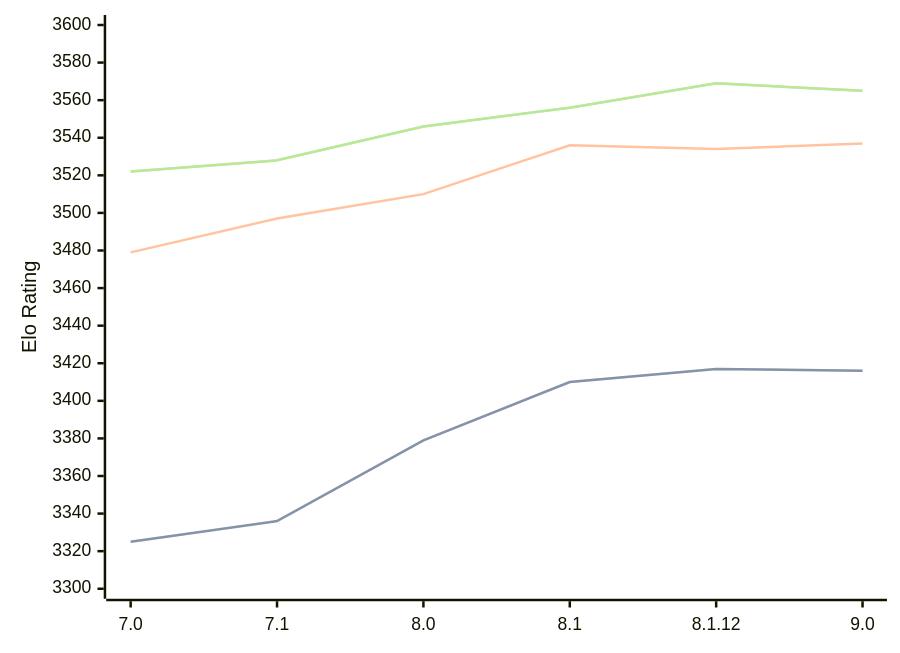
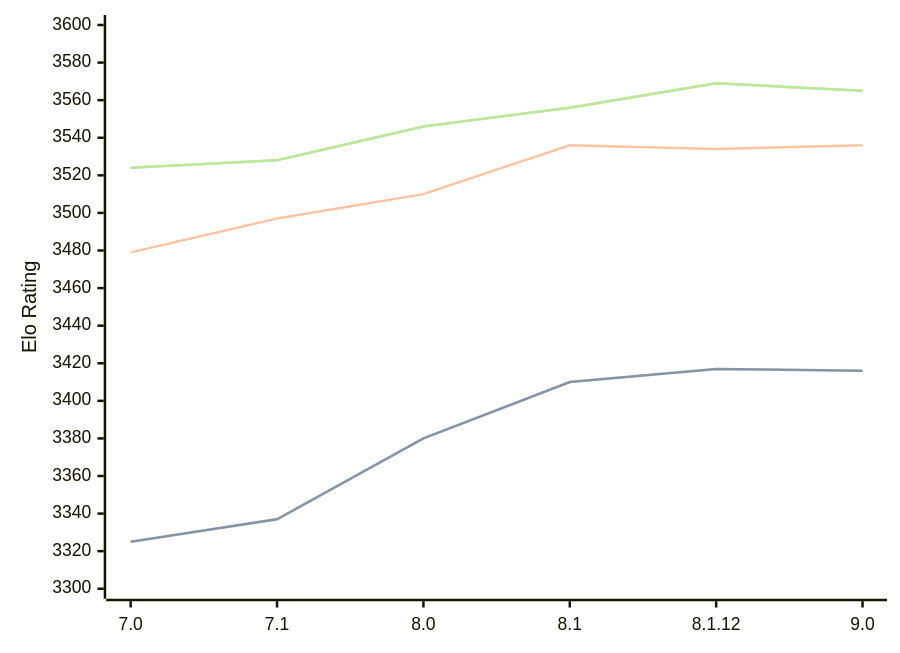
One commit to computer-chess-index/cci changed the diagram in engines/Alexandria.md. Above: the diagram before and after it, drawn with Mermaid. The commit also changed other lines of this file, not shown here.

Commit message:
Update CCI Ratings (ELO VLTC) - 2026-07-26

````diff
--- a/engines/Alexandria.md
+++ b/engines/Alexandria.md
@@ -55,11 +55,11 @@
 ```mermaid
 %%{init: {"theme":"base","themeVariables":{"seriesColors:['#a3a3a3','#222221','#faa371']}}}%%
 xychart-beta
   x-axis ["7.0", "7.1", "8.0", "8.1", "8.1.12", "9.0"]
   y-axis "Elo Rating" 3300 --> 3600
-  line "STC (8.0+0.08s)" [3325, 3336, 3379, 3410, 3417, 3416]
-  line "STC (8.0+0.08s)" [3325, 3336, 3379, 3410, 3417, 3416]
-  line "LTC (60.0+0.60s)" [3479, 3497, 3510, 3536, 3534, 3537]
-  line "VLTC (2m24s+1.12s)" [3522, 3528, 3546, 3556, 3569, 3565]
-  line "VLTC (2m24s+1.12s)" [3522, 3528, 3546, 3556, 3569, 3565]
+  line "STC (8.0+0.08s)" [3325, 3337, 3380, 3410, 3417, 3416]
+  line "STC (8.0+0.08s)" [3325, 3337, 3380, 3410, 3417, 3416]
+  line "LTC (60.0+0.60s)" [3479, 3497, 3510, 3536, 3534, 3536]
+  line "VLTC (2m24s+1.12s)" [3524, 3528, 3546, 3556, 3569, 3565]
+  line "VLTC (2m24s+1.12s)" [3524, 3528, 3546, 3556, 3569, 3565]
 ```
````
